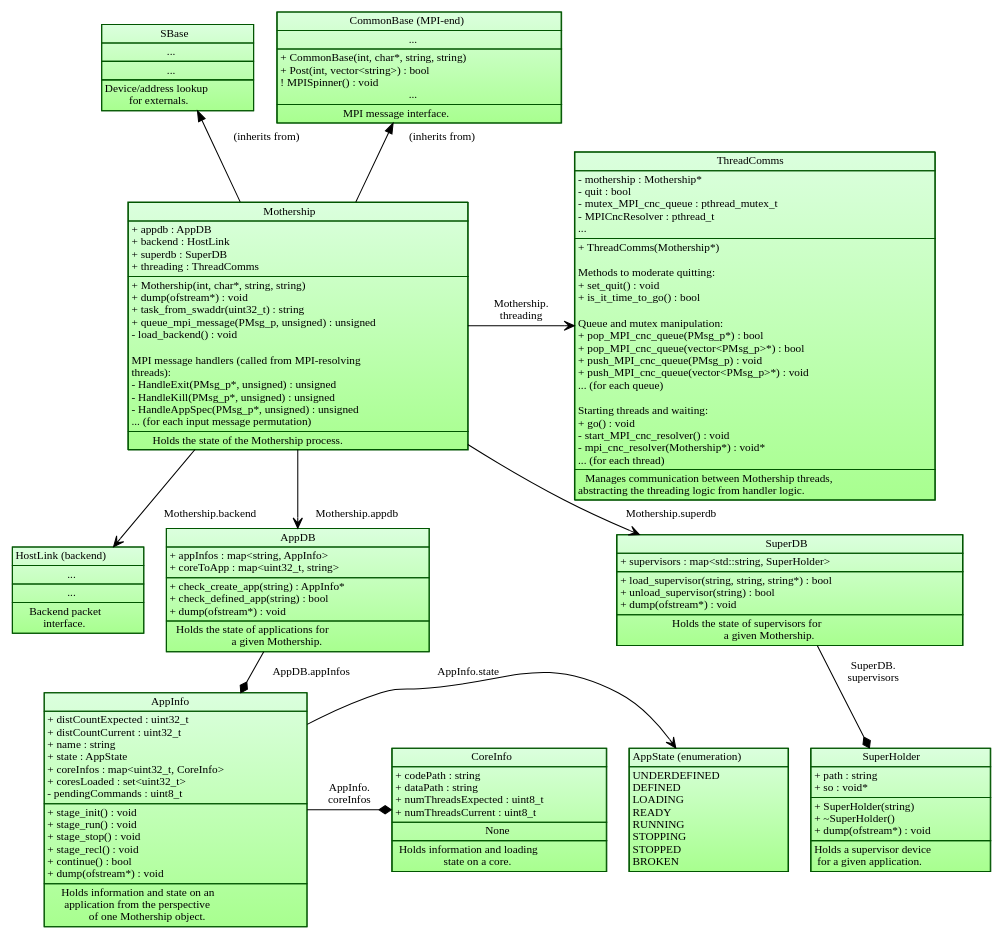
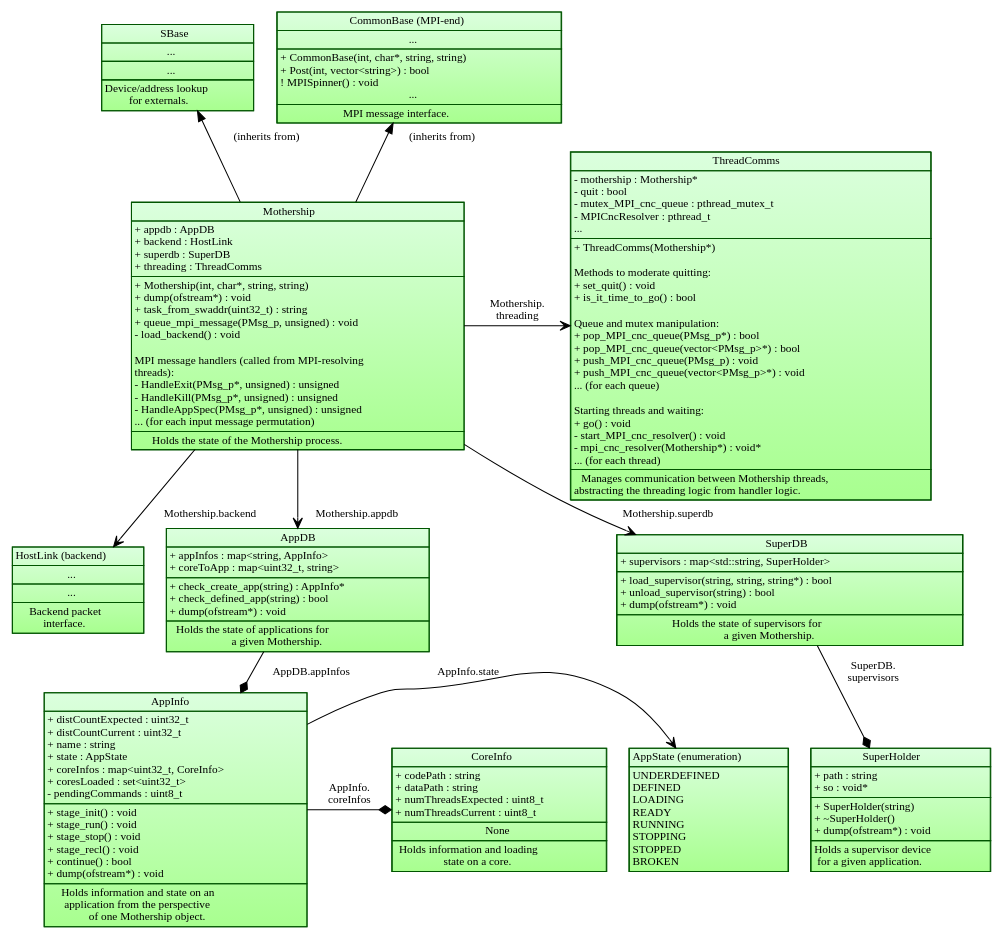
The diagram in images/source/mothership_data_structure.dot (POETSII/orchestrator-documentation), drawn with Graphviz before and after one commit.

Commit message:
Change a method return type.

```diff
--- a/images/source/mothership_data_structure.dot
+++ b/images/source/mothership_data_structure.dot
@@ -170,7 +170,7 @@
 + Mothership(int, char*, string, string)<BR ALIGN="LEFT"/>
 + dump(ofstream*) : void<BR ALIGN="LEFT"/>
 + task_from_swaddr(uint32_t) : string<BR ALIGN="LEFT"/>
-+ queue_mpi_message(PMsg_p, unsigned) : unsigned<BR ALIGN="LEFT"/>
++ queue_mpi_message(PMsg_p, unsigned) : void<BR ALIGN="LEFT"/>
 - load_backend() : void<BR ALIGN="LEFT"/><BR ALIGN="LEFT"/>
 MPI message handlers (called from MPI-resolving<BR ALIGN="LEFT"/>
 threads):<BR ALIGN="LEFT"/>
```
